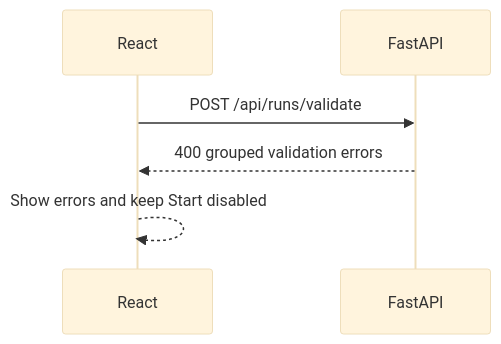
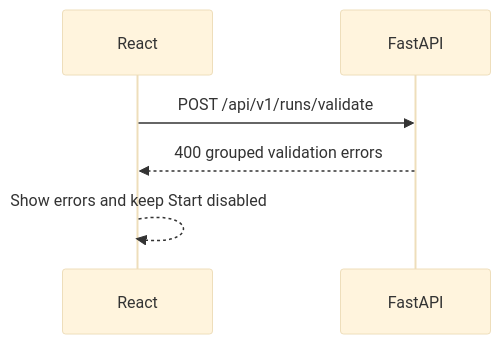
One commit to ayhaidar/pspso changed the second of 3 diagrams in docs/dashboard/frontend-backend-link.md. Above: the diagram before and after it, drawn with Mermaid (base theme). The commit also changed other lines of this file and 178 other files, not shown here.

````diff
--- a/docs/dashboard/frontend-backend-link.md
+++ b/docs/dashboard/frontend-backend-link.md
@@ -46,9 +50,9 @@
 ```mermaid
 sequenceDiagram
     participant React
     participant FastAPI
 
-    React->>FastAPI: POST /api/runs/validate
+    React->>FastAPI: POST /api/v1/runs/validate
     FastAPI-->>React: 400 grouped validation errors
     React-->>React: Show errors and keep Start disabled
 ```
````
